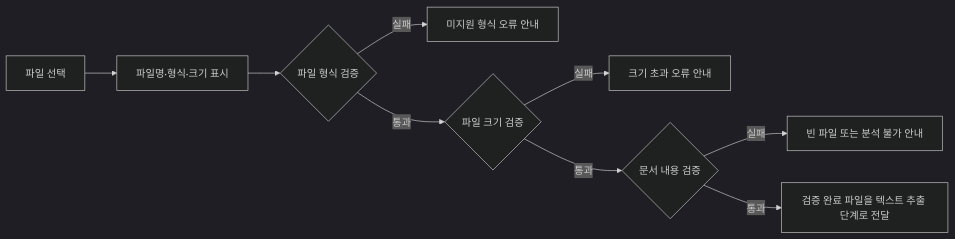
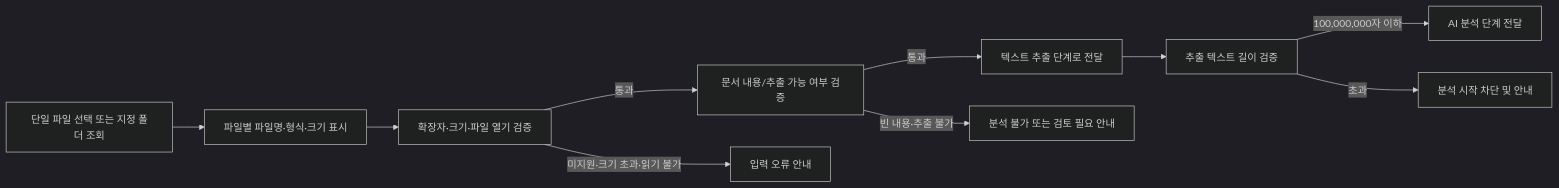
One commit to jdk8518/team-project-comm-summary changed the first of 6 diagrams in docs/function-breakdown.md. Above: the diagram before and after it, drawn with Mermaid (dark theme). The commit also changed other lines of this file and 10 other files, not shown here.

````diff
--- a/docs/function-breakdown.md
+++ b/docs/function-breakdown.md
@@ -16,11 +203,12 @@
 ```mermaid
 flowchart LR
-    A["파일 선택"] --> B["파일명·형식·크기 표시"]
-    B --> C{"파일 형식 검증"}
-    C -- "실패" --> E1["미지원 형식 오류 안내"]
-    C -- "통과" --> D{"파일 크기 검증"}
-    D -- "실패" --> E2["크기 초과 오류 안내"]
-    D -- "통과" --> F{"문서 내용 검증"}
-    F -- "실패" --> E3["빈 파일 또는 분석 불가 안내"]
-    F -- "통과" --> G["검증 완료 파일을 텍스트 추출 단계로 전달"]
+    A["단일 파일 선택 또는 지정 폴더 조회"] --> B["파일별 파일명·형식·크기 표시"]
+    B --> C["확장자·크기·파일 열기 검증"]
+    C -->|통과| D["문서 내용/추출 가능 여부 검증"]
+    D -->|통과| E["텍스트 추출 단계로 전달"]
+    D -->|빈 내용·추출 불가| F["분석 불가 또는 검토 필요 안내"]
+    C -->|미지원·크기 초과·읽기 불가| G["입력 오류 안내"]
+    E --> H["추출 텍스트 길이 검증"]
+    H -->|100,000,000자 이하| I["AI 분석 단계 전달"]
+    H -->|초과| J["분석 시작 차단 및 안내"]
 ```
````
